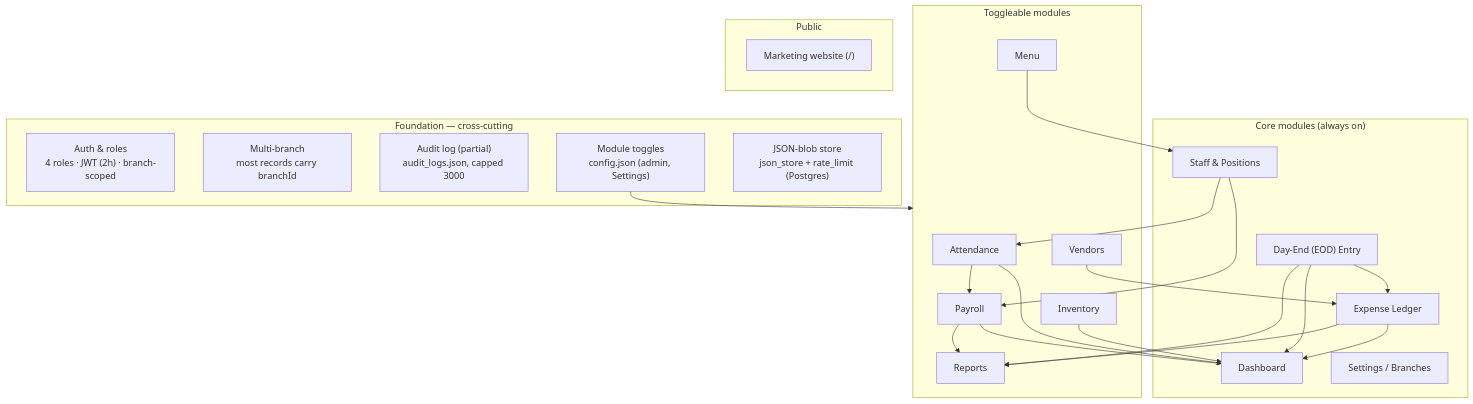
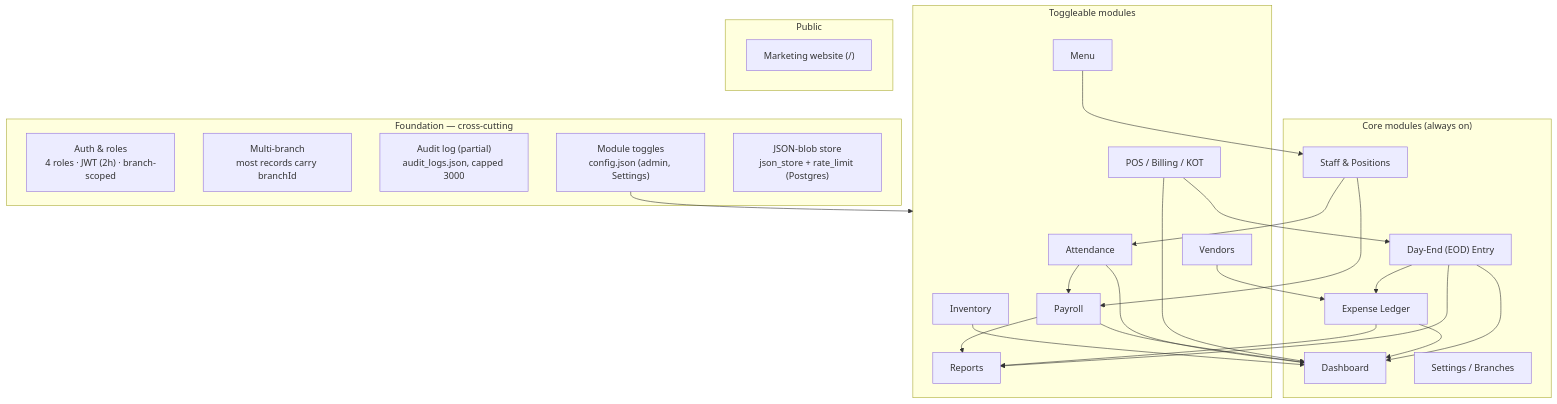
The first of 15 diagrams in Documentations/MODULE-MAPS.md (AbhishekS-381/Sree-Vaishnaves-Management), drawn with Mermaid before and after one commit. The commit also changed other lines of this file and 60 other files, not shown here.

Commit message:
feat(pos): implement POS, billing, and KOT system with full test coverage and docs

````diff
--- a/Documentations/MODULE-MAPS.md
+++ b/Documentations/MODULE-MAPS.md
@@ -12,47 +12,50 @@
 ```mermaid
 graph TD
   subgraph FOUNDATION["Foundation — cross-cutting"]
     AUTH["Auth & roles\n4 roles · JWT (2h) · branch-scoped"]
     MULTI["Multi-branch\nmost records carry branchId"]
     AUDIT["Audit log (partial)\naudit_logs.json, capped 3000"]
     CONFIG["Module toggles\nconfig.json (admin, Settings)"]
     STORE["JSON-blob store\njson_store + rate_limit (Postgres)"]
   end
 
   subgraph CORE["Core modules (always on)"]
     DASH["Dashboard"]
     STAFF["Staff & Positions"]
     EOD["Day-End (EOD) Entry"]
     EXP["Expense Ledger"]
     SET["Settings / Branches"]
   end
 
   subgraph TOGGLE["Toggleable modules"]
     ATT["Attendance"]
     PAY["Payroll"]
     VEN["Vendors"]
     INV["Inventory"]
     MENU["Menu"]
     REP["Reports"]
+    POS["POS / Billing / KOT"]
   end
 
   subgraph PUBLIC["Public"]
     WEB["Marketing website (/)"]
   end
 
   STAFF --> ATT
   ATT --> PAY
   STAFF --> PAY
   EOD --> EXP
   VEN --> EXP
   EXP --> REP
   PAY --> REP
   EOD --> REP
   INV --> DASH
   EXP --> DASH
   ATT --> DASH
   PAY --> DASH
   EOD --> DASH
   MENU --> STAFF
+  POS --> EOD
+  POS --> DASH
   CONFIG --> TOGGLE
 ```
````
